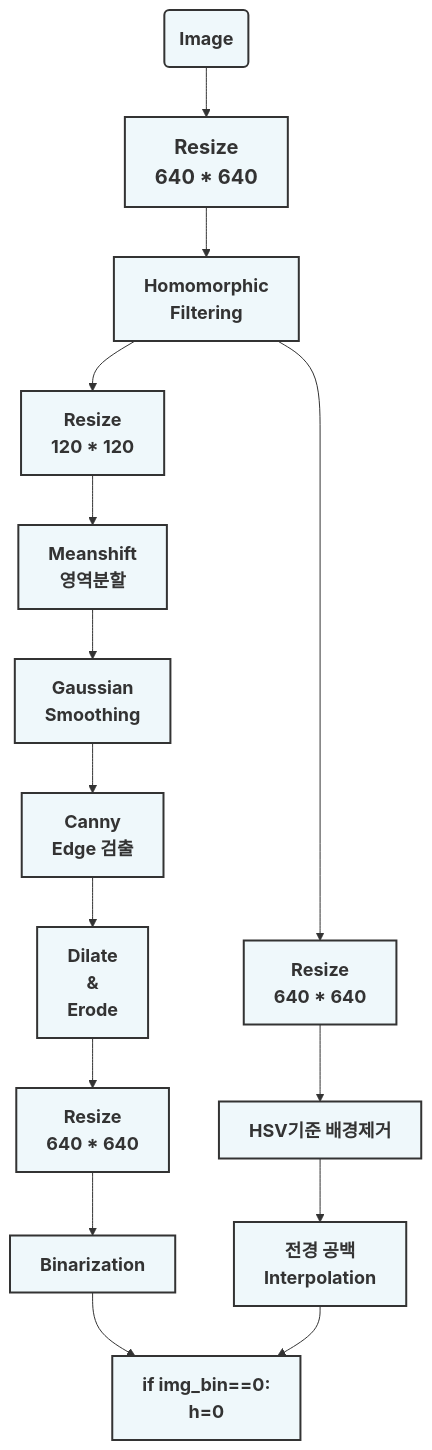
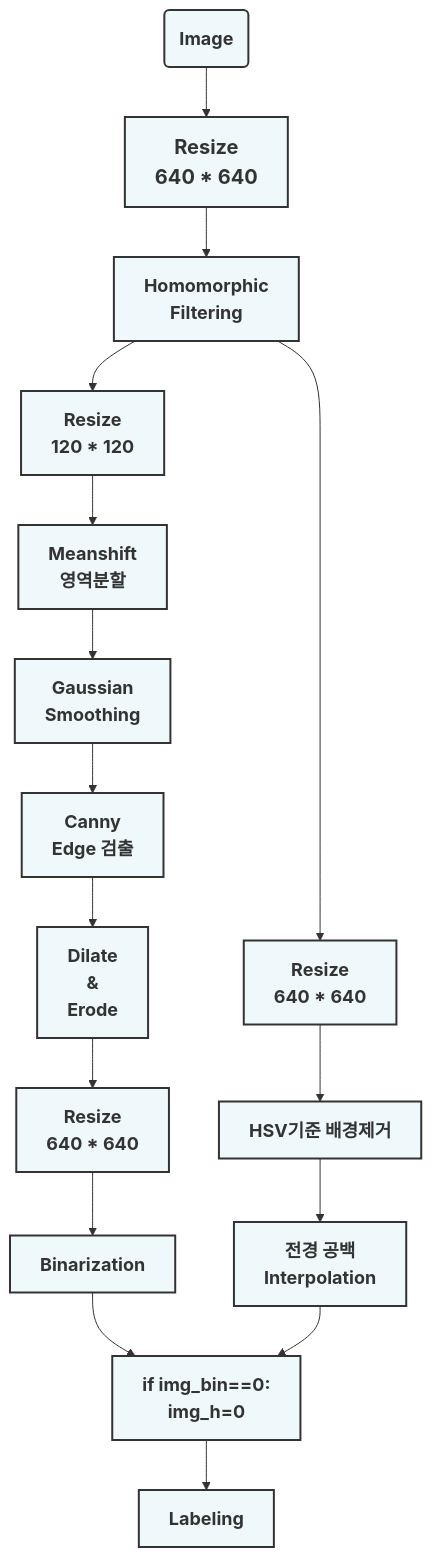
The second of 2 diagrams in Readme.md (201710808/-p), drawn with Mermaid before and after one commit.

````diff
--- a/Readme.md
+++ b/Readme.md
@@ -13,37 +13,39 @@
 ```mermaid
 graph
 A(<b><span style='font-size:18px'>Image</span></b>)-->B[<b><span style='font-size:20px'>Resize<br>640 * 640</span></b>]
 B-->C[<b><span style='font-size:18px'>Homomorphic<br>Filtering</span></b>]
 C-->D1[<b><span style='font-size:18px'>Resize<br>120 * 120</span></b>]
 D1-->E1[<b><span style='font-size:18px'>Meanshift<br>영역분할</span></b>]
 E1-->F1[<b><span style='font-size:18px'>Gaussian<br>Smoothing</span></b>]
 F1-->G[<b><span style='font-size:18px'>Canny<br>Edge 검출</span></b>]
 G-->H[<b><span style='font-size:18px'>Dilate<br>&<br>Erode</span></b>]
 H-->I[<b><span style='font-size:18px'>Resize<br>640 * 640</span></b>]
 I-->J[<b><span style='font-size:18px'>Binarization</span></b>]
 
 C-->D2[<b><span style='font-size:18px'>Resize<br>640 * 640</span></b>]
 D2-->E2[<b><span style='font-size:18px'>HSV기준 배경제거</span></b>]
 E2-->F2[<b><span style='font-size:18px'>전경 공백<br>Interpolation</span></b>]
 
 J-->K
-F2-->K[<b><span style='font-size:18px'>if img_bin==0:<br>h=0</span></b>]
+F2-->K[<b><span style='font-size:18px'>if img_bin==0:<br>img_h=0</span></b>]
+K-->L[<b><span style='font-size:18px'>Labeling</span></b>]
 
 
 style A fill:#EFF8FB ,stroke:#333,stroke-width:2px
 style B fill:#EFF8FB ,stroke:#333,stroke-width:2px
 style C fill:#EFF8FB ,stroke:#333,stroke-width:2px
 style D1 fill:#EFF8FB ,stroke:#333,stroke-width:2px
 style E1 fill:#EFF8FB ,stroke:#333,stroke-width:2px
 style F1 fill:#EFF8FB ,stroke:#333,stroke-width:2px
 style G fill:#EFF8FB ,stroke:#333,stroke-width:2px
 style H fill:#EFF8FB ,stroke:#333,stroke-width:2px
 style I fill:#EFF8FB ,stroke:#333,stroke-width:2px
 style J fill:#EFF8FB ,stroke:#333,stroke-width:2px
 
 style D2 fill:#EFF8FB ,stroke:#333,stroke-width:2px
 style E2 fill:#EFF8FB ,stroke:#333,stroke-width:2px
 style F2 fill:#EFF8FB ,stroke:#333,stroke-width:2px
 
 style K fill:#EFF8FB ,stroke:#333,stroke-width:2px
+style L fill:#EFF8FB ,stroke:#333,stroke-width:2px
 ```
````
